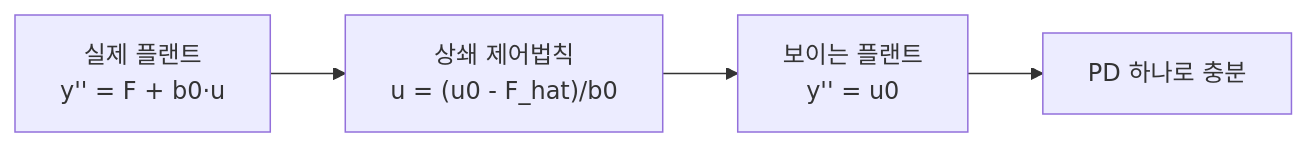
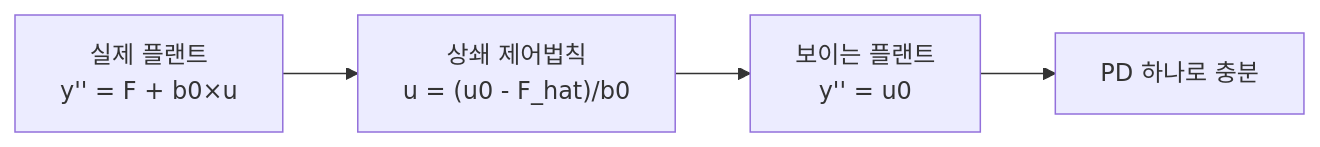
One commit to genie4youu/genie4youu.github.io changed the first of 2 diagrams in _posts/adrc/2026-07-31-19-adrc-derivation-cancellation-eso.md. Above: the diagram before and after it, drawn with Mermaid. The commit also changed other lines of this file and 100 other files, not shown here.

````diff
--- a/_posts/adrc/2026-07-31-19-adrc-derivation-cancellation-eso.md
+++ b/_posts/adrc/2026-07-31-19-adrc-derivation-cancellation-eso.md
@@ -67,6 +67,6 @@
 ```mermaid
 flowchart LR
-    A["실제 플랜트<br/>y'' = F + b0·u"] --> B["상쇄 제어법칙<br/>u = (u0 - F_hat)/b0"]
+    A["실제 플랜트<br/>y'' = F + b0×u"] --> B["상쇄 제어법칙<br/>u = (u0 - F_hat)/b0"]
     B --> C["보이는 플랜트<br/>y'' = u0"]
     C --> D["PD 하나로 충분"]
 ```
````
